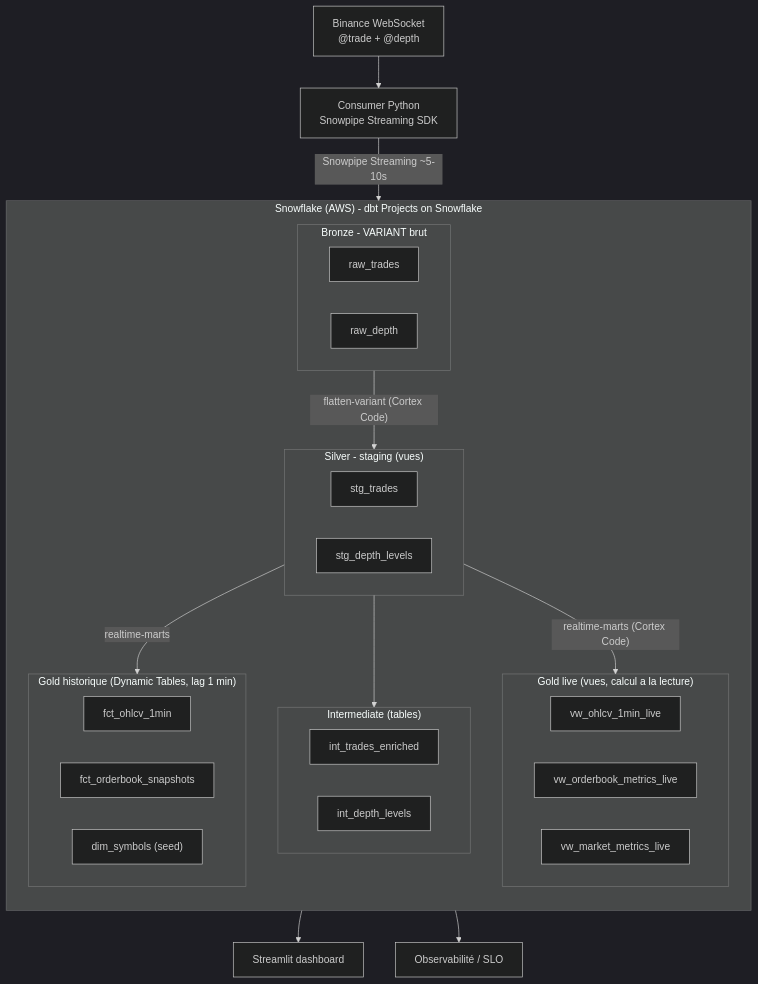
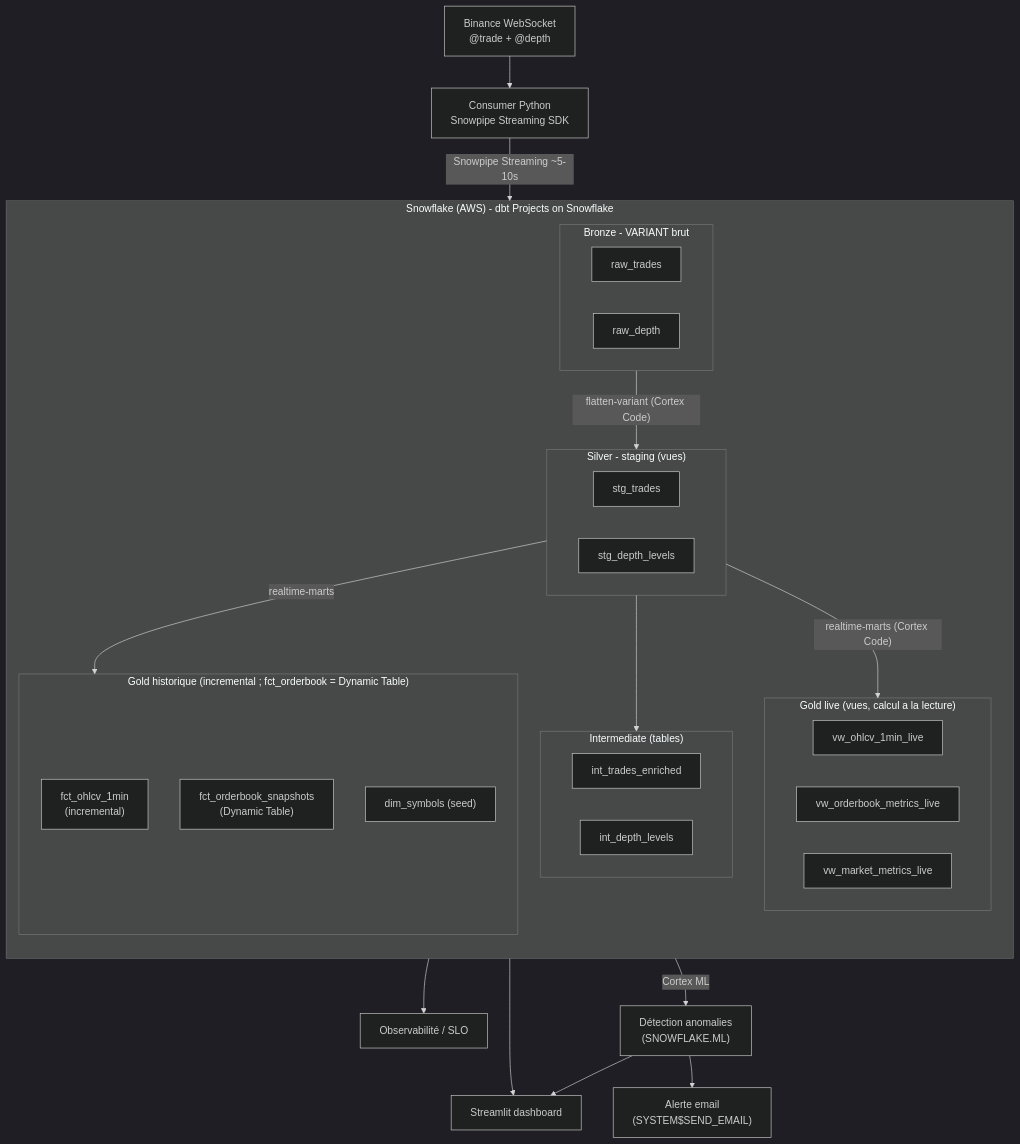
One commit to Mo-oM-1/crypto-realtime-snowflake changed the first of 2 diagrams in README.md. Above: the diagram before and after it, drawn with Mermaid (dark theme). The commit also changed other lines of this file, not shown here.

````diff
--- a/README.md
+++ b/README.md
@@ -34,38 +34,41 @@
 ```mermaid
 flowchart TB
     BWS["Binance WebSocket<br/>@trade + @depth"]
     CONS["Consumer Python<br/>Snowpipe Streaming SDK"]
     BWS --> CONS
     subgraph SF["Snowflake (AWS) - dbt Projects on Snowflake"]
         direction TB
         subgraph BRZ["Bronze - VARIANT brut"]
             RAWT["raw_trades"]
             RAWD["raw_depth"]
         end
         subgraph SLV["Silver - staging (vues)"]
             STGT["stg_trades"]
             STGD["stg_depth_levels"]
         end
         subgraph INT["Intermediate (tables)"]
             INTT["int_trades_enriched"]
             INTD["int_depth_levels"]
         end
         subgraph GLV["Gold live (vues, calcul a la lecture)"]
             VOHLCV["vw_ohlcv_1min_live"]
             VOB["vw_orderbook_metrics_live"]
             VMM["vw_market_metrics_live"]
         end
-        subgraph GHS["Gold historique (Dynamic Tables, lag 1 min)"]
-            FOHLCV["fct_ohlcv_1min"]
-            FOBS["fct_orderbook_snapshots"]
+        subgraph GHS["Gold historique (incremental ; fct_orderbook = Dynamic Table)"]
+            FOHLCV["fct_ohlcv_1min<br/>(incremental)"]
+            FOBS["fct_orderbook_snapshots<br/>(Dynamic Table)"]
             DIM["dim_symbols (seed)"]
         end
     end
     CONS -->|"Snowpipe Streaming ~5-10s"| BRZ
     BRZ -->|"flatten-variant (Cortex Code)"| SLV
     SLV --> INT
     SLV -->|"realtime-marts (Cortex Code)"| GLV
     SLV -->|"realtime-marts"| GHS
     GLV --> DASH["Streamlit dashboard"]
     GLV --> OBS["Observabilité / SLO"]
+    FOHLCV -->|"Cortex ML"| ANOM["Détection anomalies<br/>(SNOWFLAKE.ML)"]
+    ANOM --> DASH
+    ANOM --> MAIL["Alerte email<br/>(SYSTEM$SEND_EMAIL)"]
 ```
````
